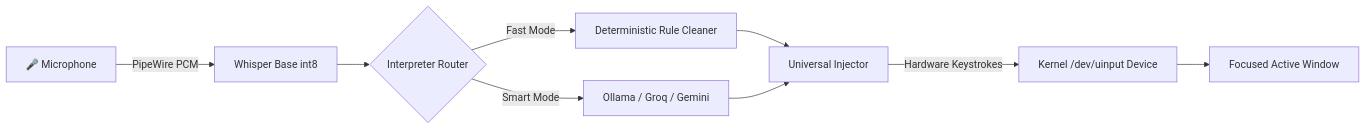
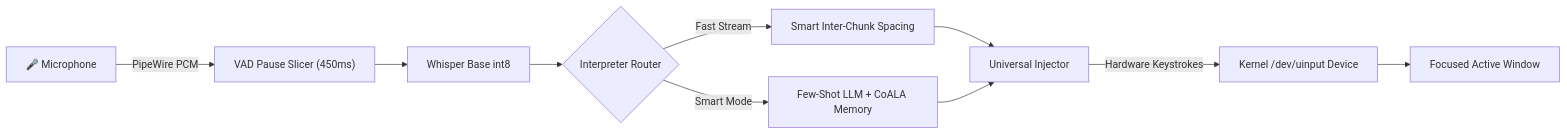
One commit to adarshacharya18/spic-voice-copilot changed the diagram in README.md. Above: the diagram before and after it, drawn with Mermaid. The commit also changed other lines of this file and 11 other files, not shown here.

Commit message:
feat(stream): add 500ms hold intent timer, RightControl stream key, few-shot self-corrections, and complete documentation

````diff
--- a/README.md
+++ b/README.md
@@ -162,11 +182,12 @@
 ```mermaid
 flowchart LR
-    Mic["🎤 Microphone"] -->|PipeWire PCM| STT["Whisper Base int8"]
+    Mic["🎤 Microphone"] -->|PipeWire PCM| VAD["VAD Pause Slicer (450ms)"]
+    VAD --> STT["Whisper Base int8"]
     STT --> Router{"Interpreter Router"}
-    Router -->|Fast Mode| Rules["Deterministic Rule Cleaner"]
-    Router -->|Smart Mode| LLM["Ollama / Groq / Gemini"]
-    Rules --> Injector["Universal Injector"]
+    Router -->|Fast Stream| Spacing["Smart Inter-Chunk Spacing"]
+    Router -->|Smart Mode| LLM["Few-Shot LLM + CoALA Memory"]
+    Spacing --> Injector["Universal Injector"]
     LLM --> Injector
     Injector -->|Hardware Keystrokes| UInput["Kernel /dev/uinput Device"]
     UInput --> App["Focused Active Window"]
 ```
````
